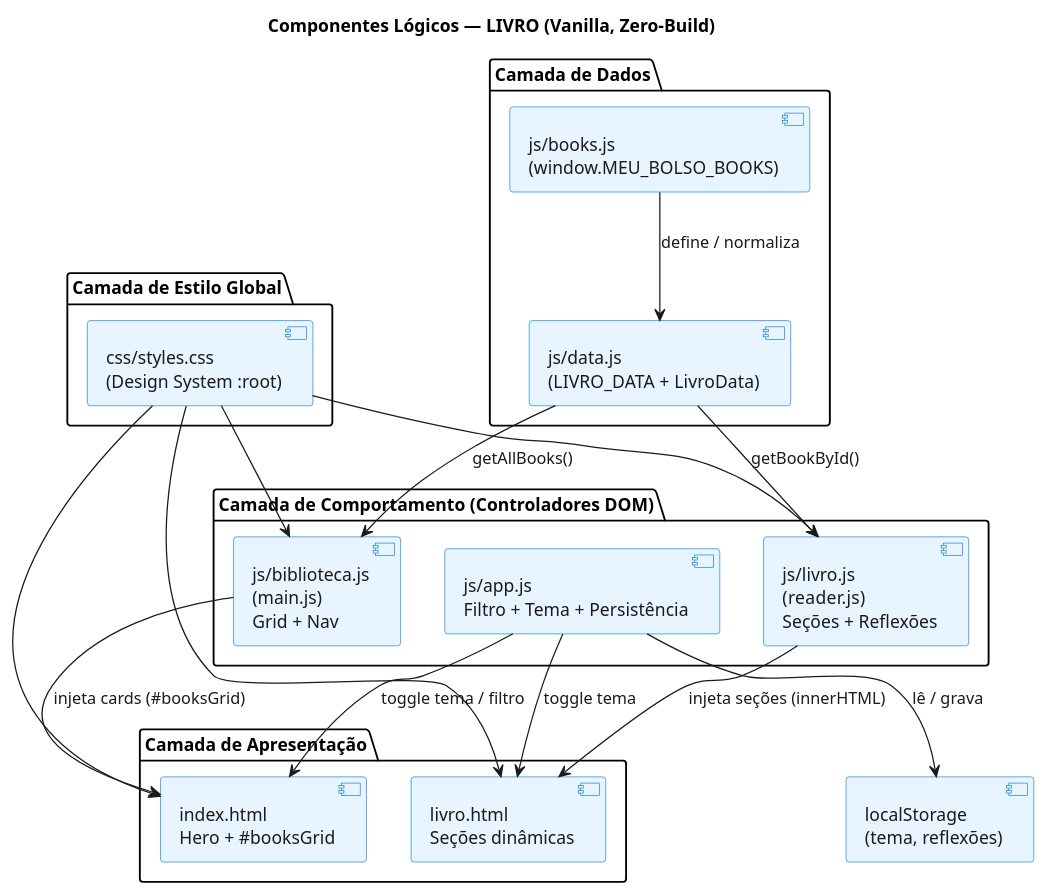
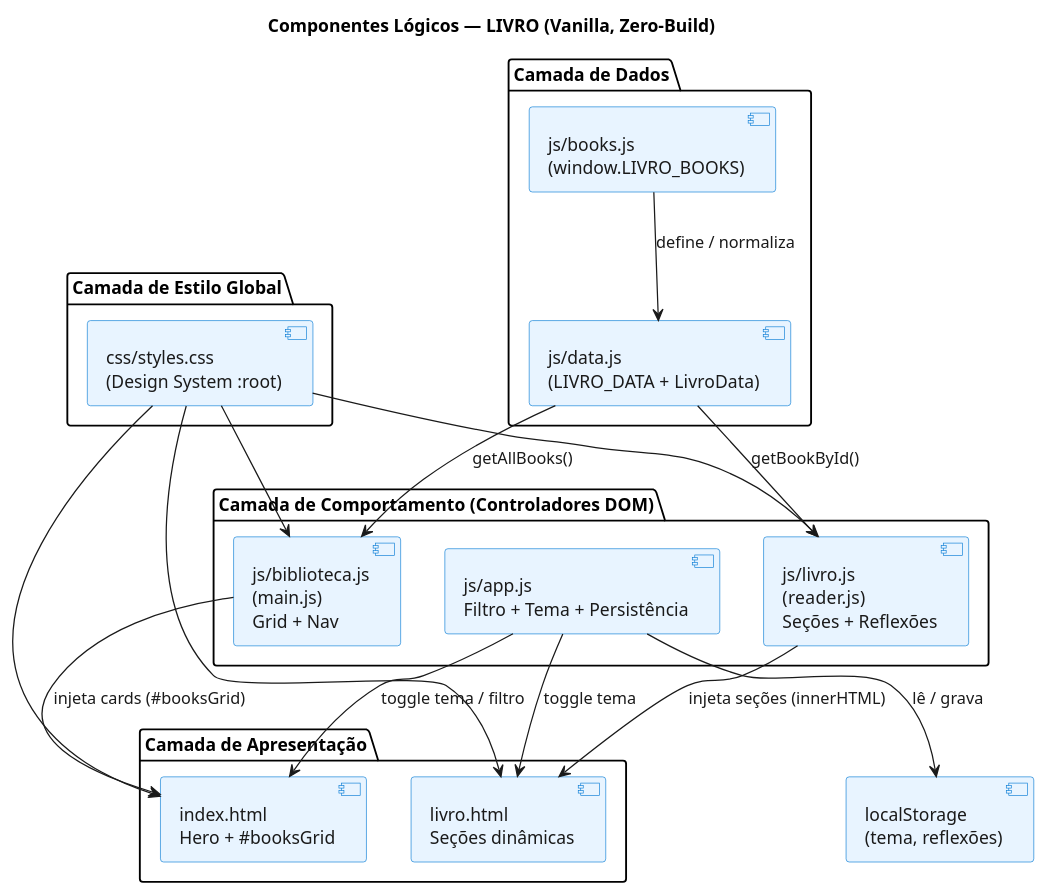
The diagram in docs/uml/logical-components.puml (marceloacaci/livro), drawn with PlantUML before and after one commit. The commit also changed 71 other files, not shown here.

First line of the commit message:
refactor: remove todas as referencias MEU_BOLSO (-> LIVRO) e integra lotes -b2 (1000+ artigos)

```diff
--- a/docs/uml/logical-components.puml
+++ b/docs/uml/logical-components.puml
@@ -1,65 +1,65 @@
 @startuml
 title Componentes Lógicos — LIVRO (Vanilla, Zero-Build)
 
 skinparam backgroundColor #FFFFFF
 skinparam defaultFontName Segoe UI
 skinparam component {
   BackgroundColor #E8F4FF
   BorderColor #0078D4
   FontColor #1A1A1A
 }
 skinparam interface {
   BackgroundColor #F3E8FF
   BorderColor #7B2DFF
   FontColor #1A1A1A
 }
 skinparam arrow {
   Color #1A1A1A
   FontColor #1A1A1A
 }
 
 package "Camada de Dados" as Dados {
-  [js/books.js\n(window.MEU_BOLSO_BOOKS)] as Books
+  [js/books.js\n(window.LIVRO_BOOKS)] as Books
   [js/data.js\n(LIVRO_DATA + LivroData)] as Data
 }
 
 package "Camada de Comportamento (Controladores DOM)" as Controle {
   [js/biblioteca.js\n(main.js)\nGrid + Nav] as Home
   [js/livro.js\n(reader.js)\nSeções + Reflexões] as Reader
   [js/app.js\nFiltro + Tema + Persistência] as App
 }
 
 package "Camada de Estilo Global" as Estilo {
   [css/styles.css\n(Design System :root)] as CSS
 }
 
 package "Camada de Apresentação" as View {
   [index.html\nHero + #booksGrid] as Index
   [livro.html\nSeções dinâmicas] as Livro
 }
 
 ' Ingestão de dados
 Books --> Data : define / normaliza
 
 ' Controladores consomem dados
 Data --> Home : getAllBooks()
 Data --> Reader : getBookById()
 
 ' Controladores manipulam a view
 Home --> Index : injeta cards (#booksGrid)
 Reader --> Livro : injeta seções (innerHTML)
 
 ' Tema/busca globais
 App --> Index : toggle tema / filtro
 App --> Livro : toggle tema
 
 ' Estilo é consumido por todos
 CSS --> Index
 CSS --> Livro
 CSS --> Home
 CSS --> Reader
 
 ' Persistência local
 App --> [localStorage\n(tema, reflexões)] : lê / grava
 
 @enduml
```
